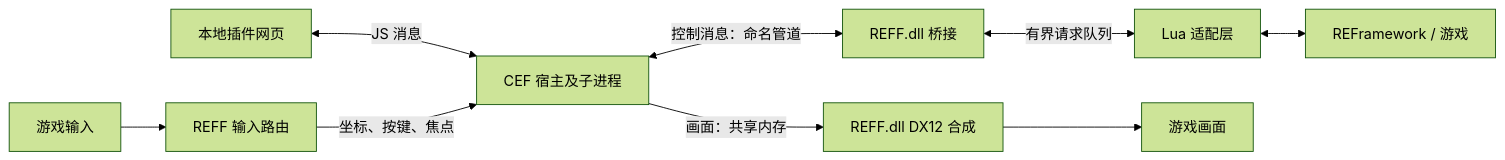
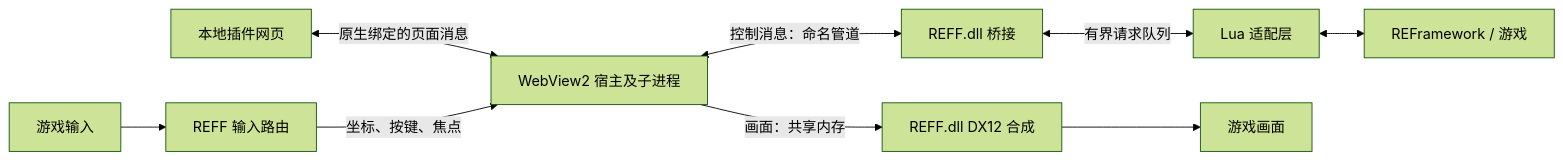
The diagram in docs/architecture.zh-CN.md (Monkeysama/REFF), drawn with Mermaid (forest theme) before and after one commit. The commit also changed other lines of this file and 113 other files, not shown here.

First line of the commit message:
feat: 将 REFF 迁移至 WebView2 并统一运行时定位

````diff
--- a/docs/architecture.zh-CN.md
+++ b/docs/architecture.zh-CN.md
@@ -9,11 +9,11 @@
 ```mermaid
 flowchart LR
-    UI[本地插件网页] <-->|JS 消息| CEF[CEF 宿主及子进程]
-    CEF <-->|控制消息：命名管道| Bridge[REFF.dll 桥接]
+    UI[本地插件网页] <-->|原生绑定的页面消息| Browser[WebView2 宿主及子进程]
+    Browser <-->|控制消息：命名管道| Bridge[REFF.dll 桥接]
     Bridge <-->|有界请求队列| Lua[Lua 适配层]
     Lua <--> REF[REFramework / 游戏]
-    CEF -->|画面：共享内存| Render[REFF.dll DX12 合成]
+    Browser -->|画面：共享内存| Render[REFF.dll DX12 合成]
     Render --> Game[游戏画面]
     Input[游戏输入] --> Router[REFF 输入路由]
-    Router -->|坐标、按键、焦点| CEF
+    Router -->|坐标、按键、焦点| Browser
 ```
````
